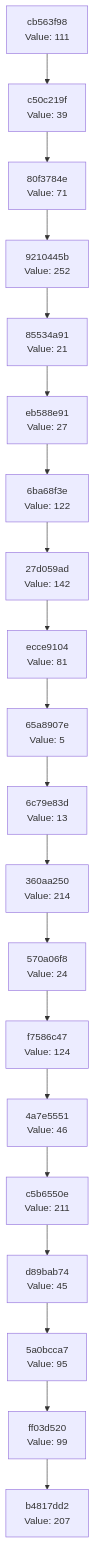
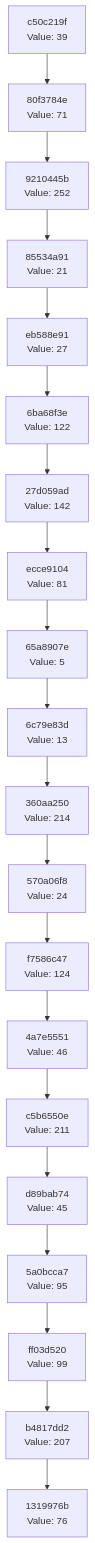
Before and after one commit to Abhisheksinha1506/hash-chain-evolver: the diagram in docs/CHAIN_VISUALIZATION.md, drawn with Mermaid. The commit also changed 3 other files, not shown here.

````diff
--- a/docs/CHAIN_VISUALIZATION.md
+++ b/docs/CHAIN_VISUALIZATION.md
@@ -3,42 +3,42 @@
 ```mermaid
 graph TD
-    C0["b4817dd2<br/>Value: 207"]
-    C1["ff03d520<br/>Value: 99"]
+    C0["1319976b<br/>Value: 76"]
+    C1["b4817dd2<br/>Value: 207"]
     C1 --> C0
-    C2["5a0bcca7<br/>Value: 95"]
+    C2["ff03d520<br/>Value: 99"]
     C2 --> C1
-    C3["d89bab74<br/>Value: 45"]
+    C3["5a0bcca7<br/>Value: 95"]
     C3 --> C2
-    C4["c5b6550e<br/>Value: 211"]
+    C4["d89bab74<br/>Value: 45"]
     C4 --> C3
-    C5["4a7e5551<br/>Value: 46"]
+    C5["c5b6550e<br/>Value: 211"]
     C5 --> C4
-    C6["f7586c47<br/>Value: 124"]
+    C6["4a7e5551<br/>Value: 46"]
     C6 --> C5
-    C7["570a06f8<br/>Value: 24"]
+    C7["f7586c47<br/>Value: 124"]
     C7 --> C6
-    C8["360aa250<br/>Value: 214"]
+    C8["570a06f8<br/>Value: 24"]
     C8 --> C7
-    C9["6c79e83d<br/>Value: 13"]
+    C9["360aa250<br/>Value: 214"]
     C9 --> C8
-    C10["65a8907e<br/>Value: 5"]
+    C10["6c79e83d<br/>Value: 13"]
     C10 --> C9
-    C11["ecce9104<br/>Value: 81"]
+    C11["65a8907e<br/>Value: 5"]
     C11 --> C10
-    C12["27d059ad<br/>Value: 142"]
+    C12["ecce9104<br/>Value: 81"]
     C12 --> C11
-    C13["6ba68f3e<br/>Value: 122"]
+    C13["27d059ad<br/>Value: 142"]
     C13 --> C12
-    C14["eb588e91<br/>Value: 27"]
+    C14["6ba68f3e<br/>Value: 122"]
     C14 --> C13
-    C15["85534a91<br/>Value: 21"]
+    C15["eb588e91<br/>Value: 27"]
     C15 --> C14
-    C16["9210445b<br/>Value: 252"]
+    C16["85534a91<br/>Value: 21"]
     C16 --> C15
-    C17["80f3784e<br/>Value: 71"]
+    C17["9210445b<br/>Value: 252"]
     C17 --> C16
-    C18["c50c219f<br/>Value: 39"]
+    C18["80f3784e<br/>Value: 71"]
     C18 --> C17
-    C19["cb563f98<br/>Value: 111"]
+    C19["c50c219f<br/>Value: 39"]
     C19 --> C18
 ```
````
